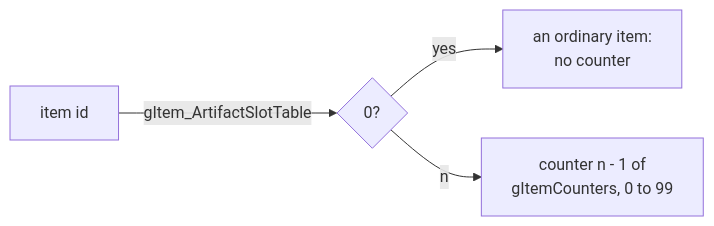
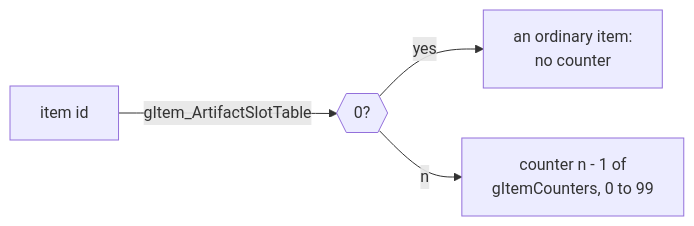
One commit to PascalPixel/alchemy changed the third of 3 diagrams in games/tbs/src/game/README.md. Above: the diagram before and after it, drawn with Mermaid. The commit also changed 17 other files, not shown here.

First line of the commit message:
Docs: diagrams that draw on the site

````diff
--- a/games/tbs/src/game/README.md
+++ b/games/tbs/src/game/README.md
@@ -227,6 +227,6 @@
 ```mermaid
 flowchart LR
-    item["item id"] -->|"gItem_ArtifactSlotTable"| slot{"0?"}
+    item["item id"] -->|"gItem_ArtifactSlotTable"| slot{{"0?"}}
     slot -->|yes| plain["an ordinary item:<br/>no counter"]
     slot -->|"n"| counter["counter n - 1 of<br/>gItemCounters, 0 to 99"]
 ```
````
